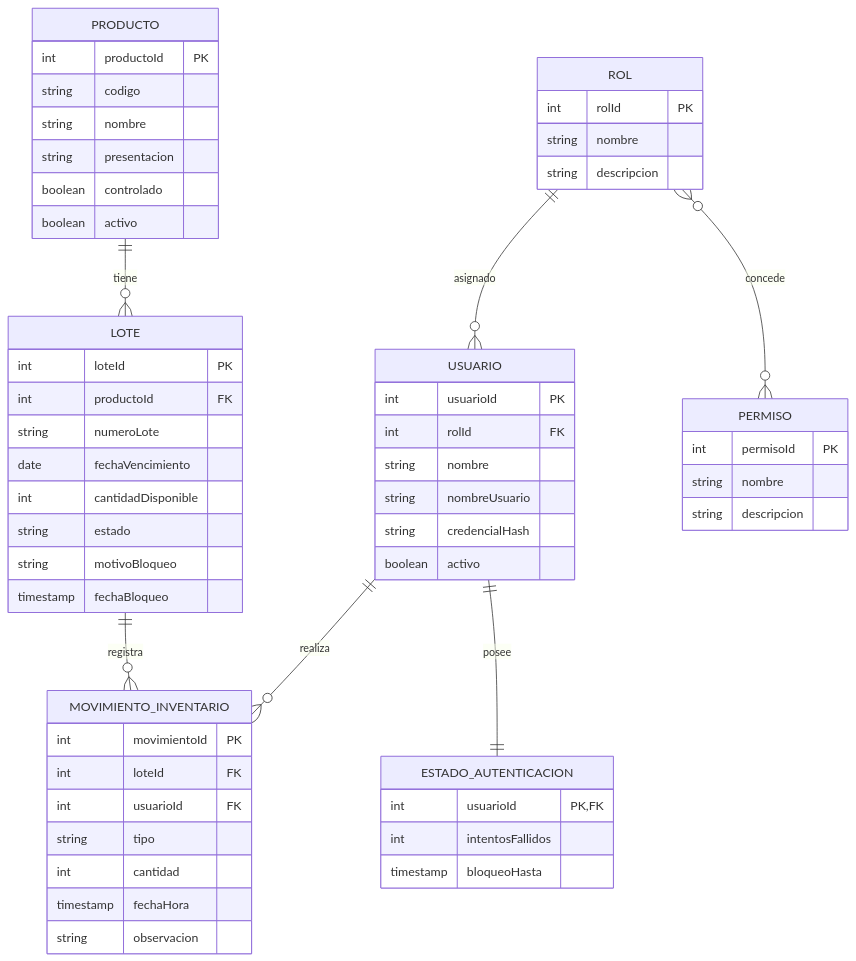
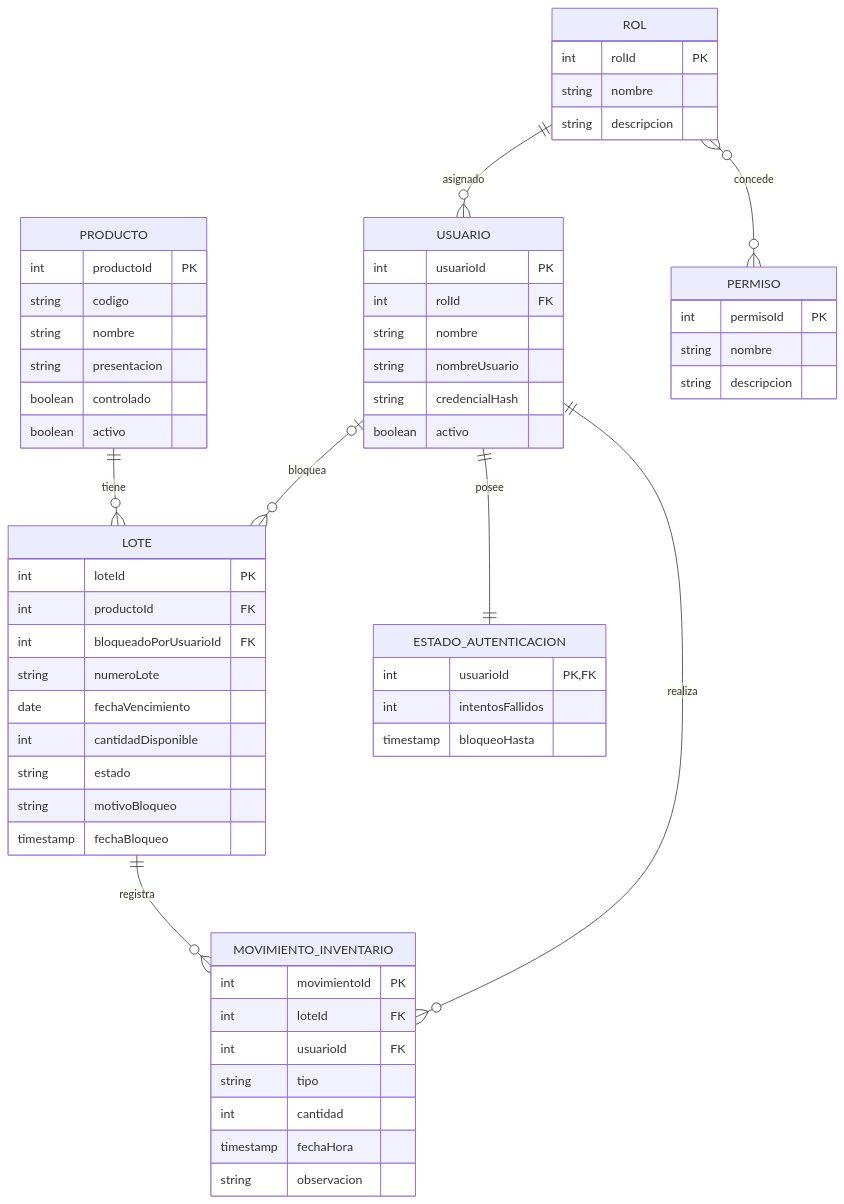
Before and after one commit to anmorenol63/Ingesoft_t6: the third of 3 diagrams in docs/design/02_Diseño_de_Interacción_y_Datos.md, drawn with Mermaid.

Commit message:
Add relationship for USER blocking LOT

````diff
--- a/docs/design/02_Diseño_de_Interacción_y_Datos.md
+++ b/docs/design/02_Diseño_de_Interacción_y_Datos.md
@@ -274,66 +274,68 @@
 ```mermaid
 erDiagram
     PRODUCTO ||--o{ LOTE : tiene
     LOTE ||--o{ MOVIMIENTO_INVENTARIO : registra
     USUARIO ||--o{ MOVIMIENTO_INVENTARIO : realiza
     USUARIO ||--|| ESTADO_AUTENTICACION : posee
     ROL ||--o{ USUARIO : asignado
     ROL }o--o{ PERMISO : concede
+    USUARIO o|--o{ LOTE : bloquea
 
     PRODUCTO {
         int productoId PK
         string codigo
         string nombre
         string presentacion
         boolean controlado
         boolean activo
     }
 
     LOTE {
         int loteId PK
         int productoId FK
+        int bloqueadoPorUsuarioId FK
         string numeroLote
         date fechaVencimiento
         int cantidadDisponible
         string estado
         string motivoBloqueo
         timestamp fechaBloqueo
     }
 
     MOVIMIENTO_INVENTARIO {
         int movimientoId PK
         int loteId FK
         int usuarioId FK
         string tipo
         int cantidad
         timestamp fechaHora
         string observacion
     }
 
     USUARIO {
         int usuarioId PK
         int rolId FK
         string nombre
         string nombreUsuario
         string credencialHash
         boolean activo
     }
 
     ROL {
         int rolId PK
         string nombre
         string descripcion
     }
 
     PERMISO {
         int permisoId PK
         string nombre
         string descripcion
     }
 
     ESTADO_AUTENTICACION {
         int usuarioId PK, FK
         int intentosFallidos
         timestamp bloqueoHasta
     }
 ```
````
